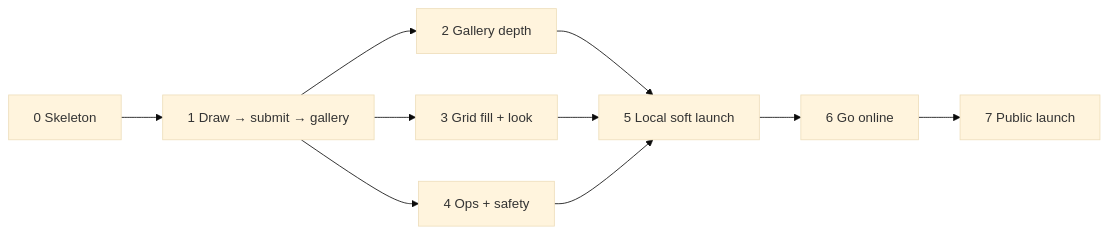
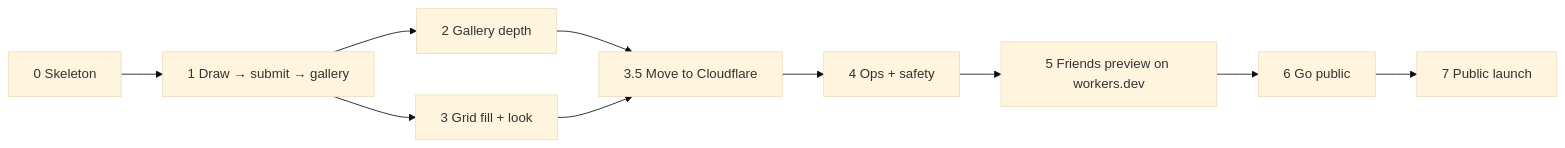
One commit to rebeccali/solcollab changed the diagram in docs/IMPLEMENTATION_PLAN.md. Above: the diagram before and after it, drawn with Mermaid (base theme). The commit also changed other lines of this file and 53 other files, not shown here.

First line of the commit message:
Move hosting to Cloudflare Workers with D1 and R2

````diff
--- a/docs/IMPLEMENTATION_PLAN.md
+++ b/docs/IMPLEMENTATION_PLAN.md
@@ -9,12 +9,12 @@
 ```mermaid
 flowchart LR
   P0[0 Skeleton] --> P1[1 Draw → submit → gallery]
   P1 --> P2[2 Gallery depth]
   P1 --> P3[3 Grid fill + look]
-  P1 --> P4[4 Ops + safety]
-  P2 --> P5[5 Local soft launch]
-  P3 --> P5
-  P4 --> P5
-  P5 --> P6[6 Go online]
+  P2 --> P35[3.5 Move to Cloudflare]
+  P3 --> P35
+  P35 --> P4[4 Ops + safety]
+  P4 --> P5[5 Friends preview on workers.dev]
+  P5 --> P6[6 Go public]
   P6 --> P7[7 Public launch]
 ```
````
